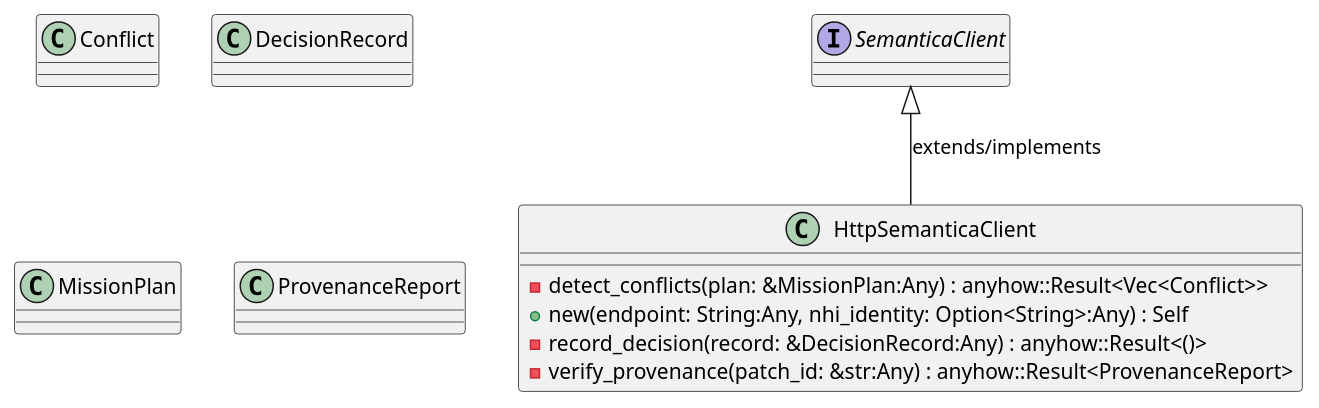
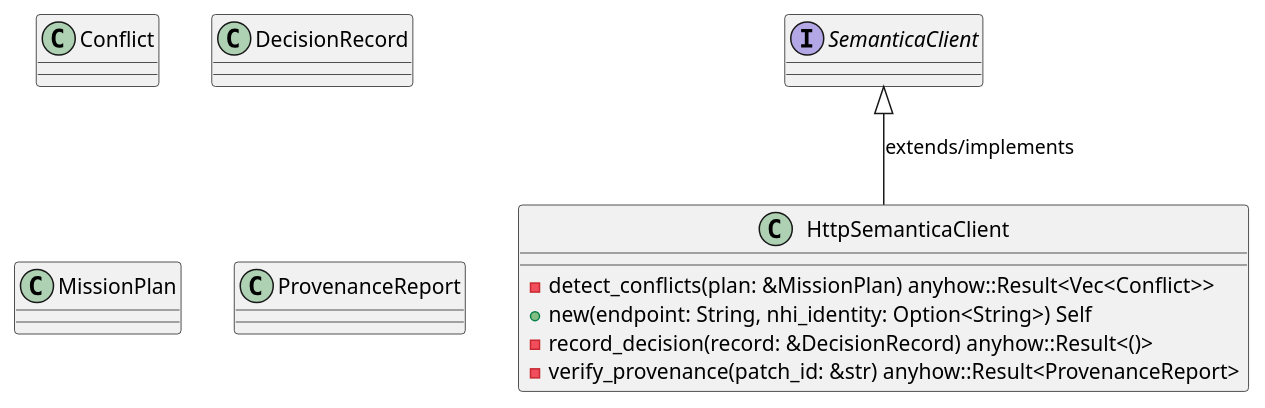
Before and after one commit to lgcorzo/rust_CACD_autonomous_factory: the first of 6 diagrams in openwiki/crates_factory_infrastructure_src_semantica.md, drawn with PlantUML. The commit also changed other lines of this file and 97 other files, not shown here.

First line of the commit message:
Fix Rust AST parsing for method and function parameters, and update OKF UML frontmatter

````diff
--- a/openwiki/crates_factory_infrastructure_src_semantica.md
+++ b/openwiki/crates_factory_infrastructure_src_semantica.md
@@ -195,22 +200,22 @@
 ```plantuml
 @startuml
 class Conflict {
 }
 class DecisionRecord {
 }
 class HttpSemanticaClient {
-    -detect_conflicts(plan: &MissionPlan:Any) : anyhow::Result<Vec<Conflict>>
-    +new(endpoint: String:Any, nhi_identity: Option<String>:Any) : Self
-    -record_decision(record: &DecisionRecord:Any) : anyhow::Result<()>
-    -verify_provenance(patch_id: &str:Any) : anyhow::Result<ProvenanceReport>
+    -detect_conflicts(plan: &MissionPlan) anyhow::Result<Vec<Conflict>>
+    +new(endpoint: String, nhi_identity: Option<String>) Self
+    -record_decision(record: &DecisionRecord) anyhow::Result<()>
+    -verify_provenance(patch_id: &str) anyhow::Result<ProvenanceReport>
 }
 SemanticaClient <|-- HttpSemanticaClient : extends/implements
 class MissionPlan {
 }
 class ProvenanceReport {
 }
 interface SemanticaClient {
 }
 @enduml
 
 ```
````
